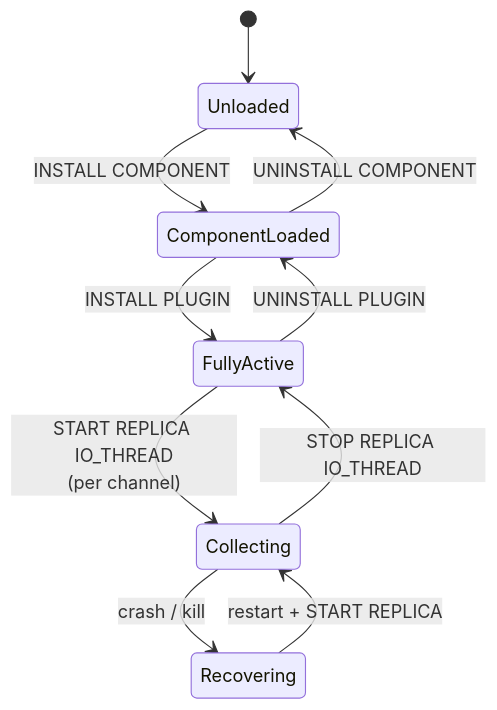
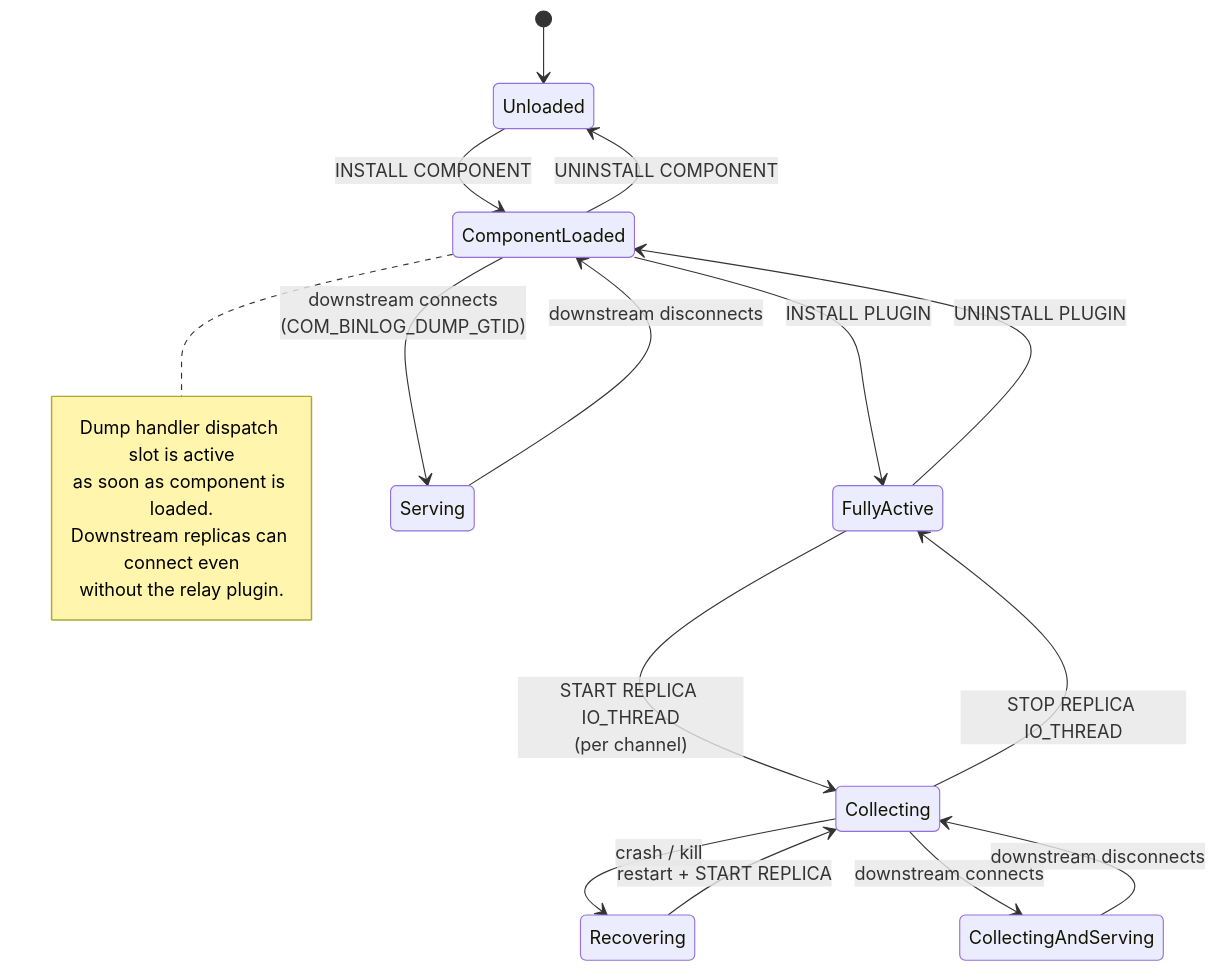
One commit to kamil-holubicki/percona-server changed the sixth of 9 diagrams in components/binlog_server/doc/md/architecture.md. Above: the diagram before and after it, drawn with Mermaid. The commit also changed other lines of this file and 38 other files, not shown here.

````diff
--- a/components/binlog_server/doc/md/architecture.md
+++ b/components/binlog_server/doc/md/architecture.md
@@ -265,12 +369,24 @@
 ```mermaid
 stateDiagram-v2
     [*] --> Unloaded
     Unloaded --> ComponentLoaded : INSTALL COMPONENT
     ComponentLoaded --> FullyActive : INSTALL PLUGIN
     FullyActive --> Collecting : START REPLICA IO_THREAD<br/>(per channel)
     Collecting --> FullyActive : STOP REPLICA IO_THREAD
     FullyActive --> ComponentLoaded : UNINSTALL PLUGIN
     ComponentLoaded --> Unloaded : UNINSTALL COMPONENT
     Collecting --> Recovering : crash / kill
     Recovering --> Collecting : restart + START REPLICA
+
+    note right of ComponentLoaded
+        Dump handler dispatch slot is active
+        as soon as component is loaded.
+        Downstream replicas can connect even
+        without the relay plugin.
+    end note
+
+    ComponentLoaded --> Serving : downstream connects<br/>(COM_BINLOG_DUMP_GTID)
+    Serving --> ComponentLoaded : downstream disconnects
+    Collecting --> CollectingAndServing : downstream connects
+    CollectingAndServing --> Collecting : downstream disconnects
 ```
````
